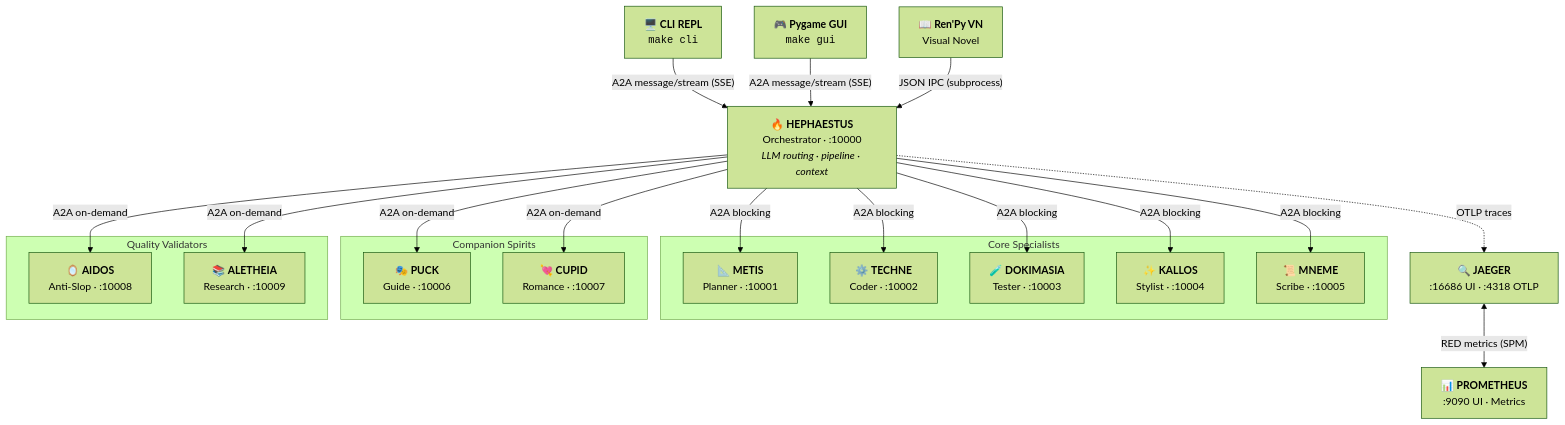
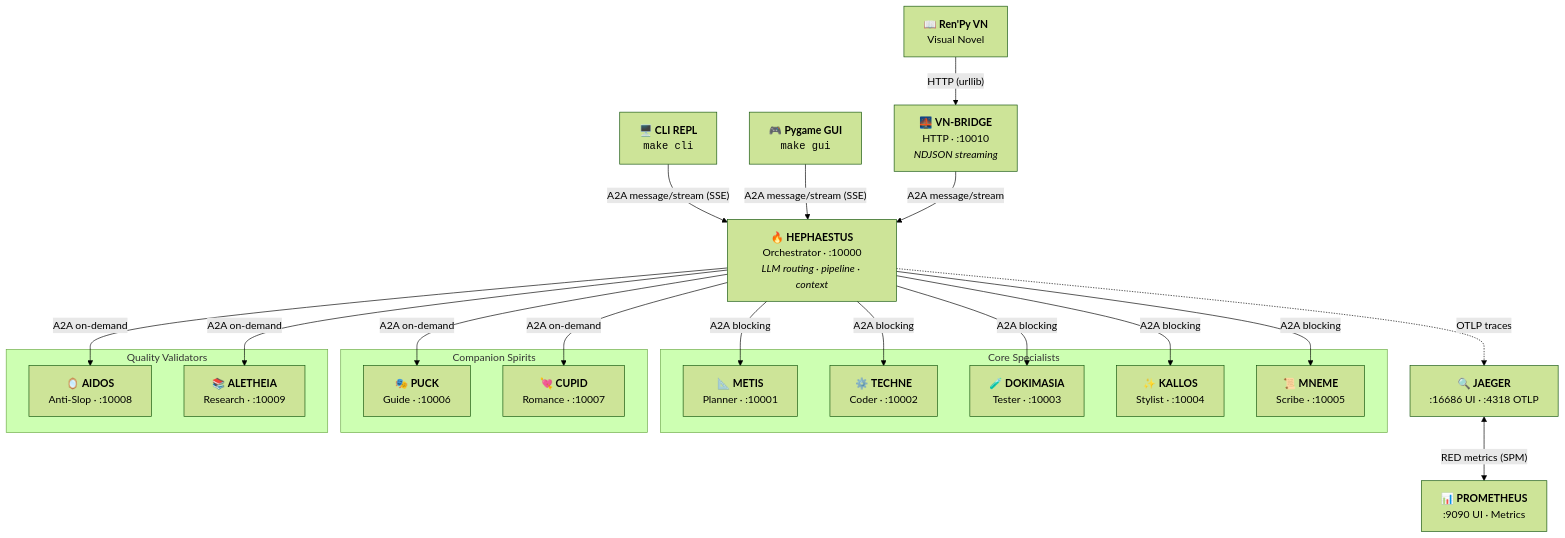
Before and after one commit to ajbarea/kourai-khryseai: the diagram in docs/architecture/index.md, drawn with Mermaid (forest theme). The commit also changed other lines of this file and 1 other file, not shown here.

Commit message:
docs(vn): update vn-bridge service details and clarify connection process

````diff
--- a/docs/architecture/index.md
+++ b/docs/architecture/index.md
@@ -17,43 +17,45 @@
 ```mermaid
 flowchart TD
     CLI["🖥️ <b>CLI REPL</b><br/><code>make cli</code>"]
     GUI["🎮 <b>Pygame GUI</b><br/><code>make gui</code>"]
     VN["📖 <b>Ren'Py VN</b><br/>Visual Novel"]
     HEP["🔥 <b>HEPHAESTUS</b><br/>Orchestrator · :10000<br/><i>LLM routing · pipeline · context</i>"]
 
     subgraph core ["Core Specialists"]
         MET["📐 <b>METIS</b><br/>Planner · :10001"]
         TEC["⚙️ <b>TECHNE</b><br/>Coder · :10002"]
         DOK["🧪 <b>DOKIMASIA</b><br/>Tester · :10003"]
         KAL["✨ <b>KALLOS</b><br/>Stylist · :10004"]
         MNE["📜 <b>MNEME</b><br/>Scribe · :10005"]
     end
 
     subgraph spirits ["Companion Spirits"]
         PUC["🎭 <b>PUCK</b><br/>Guide · :10006"]
         CUP["💘 <b>CUPID</b><br/>Romance · :10007"]
     end
 
     subgraph validators ["Quality Validators"]
         AID["🪞 <b>AIDOS</b><br/>Anti-Slop · :10008"]
         ALE["📚 <b>ALETHEIA</b><br/>Research · :10009"]
     end
 
     JAE["🔍 <b>JAEGER</b><br/>:16686 UI · :4318 OTLP"]
     PRO["📊 <b>PROMETHEUS</b><br/>:9090 UI · Metrics"]
 
     CLI -->|"A2A message/stream (SSE)"| HEP
     GUI -->|"A2A message/stream (SSE)"| HEP
-    VN -->|"JSON IPC (subprocess)"| HEP
+    VNB["🌉 <b>VN-BRIDGE</b><br/>HTTP · :10010<br/><i>NDJSON streaming</i>"]
+    VN -->|"HTTP (urllib)"| VNB
+    VNB -->|"A2A message/stream"| HEP
     HEP -->|"A2A blocking"| MET
     HEP -->|"A2A blocking"| TEC
     HEP -->|"A2A blocking"| DOK
     HEP -->|"A2A blocking"| KAL
     HEP -->|"A2A blocking"| MNE
     HEP -->|"A2A on-demand"| PUC
     HEP -->|"A2A on-demand"| CUP
     HEP -->|"A2A on-demand"| AID
     HEP -->|"A2A on-demand"| ALE
     HEP -.->|"OTLP traces"| JAE
     JAE <-->|"RED metrics (SPM)"| PRO
 ```
````
